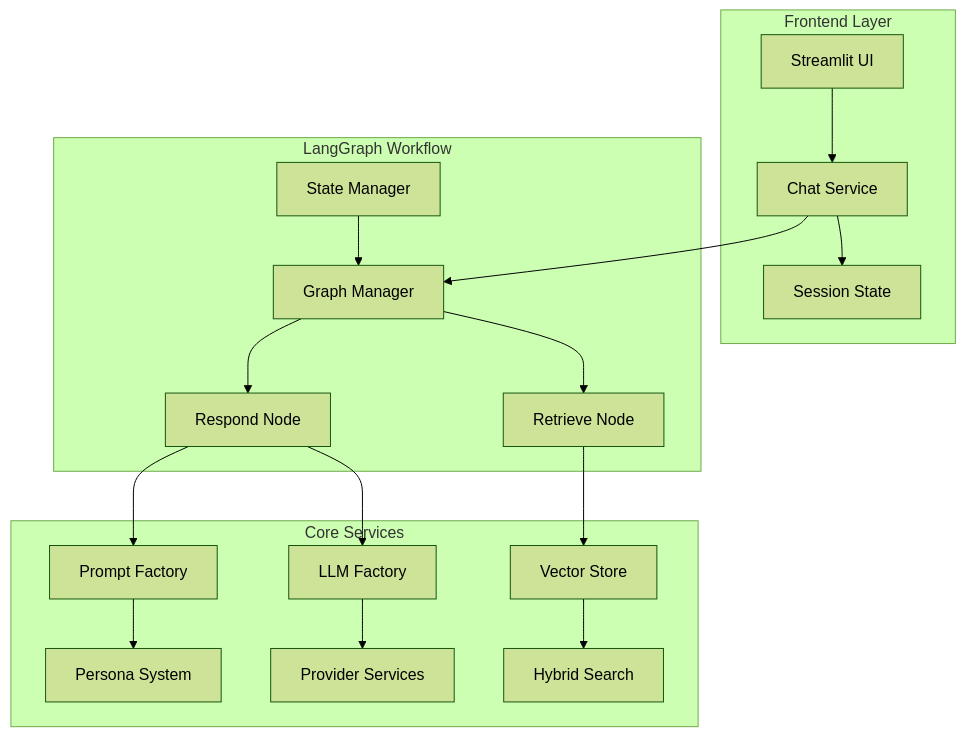
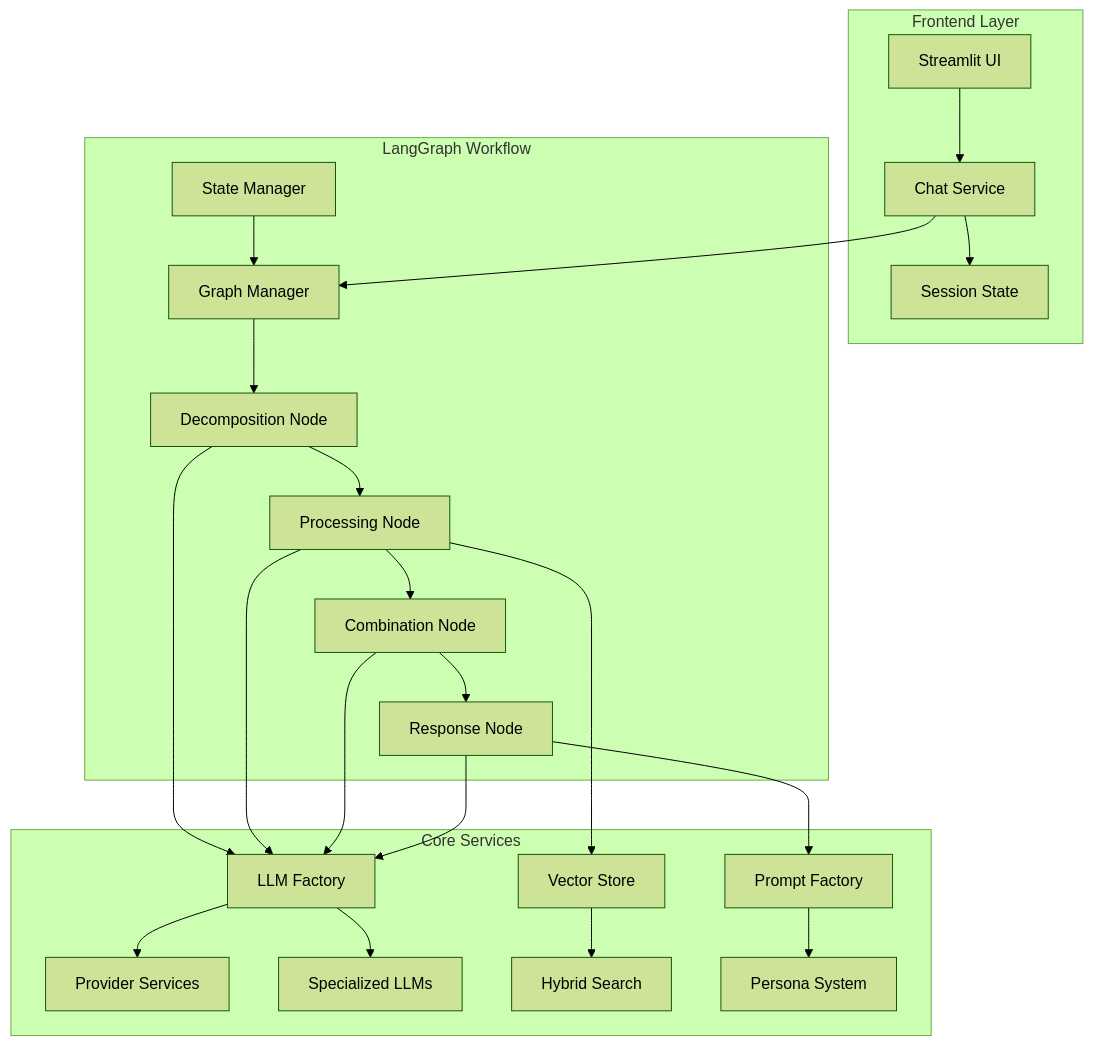
The first of 9 diagrams in README.md (laialex501/lorechat-container), drawn with Mermaid (forest theme) before and after one commit. The commit also changed other lines of this file and 18 other files, not shown here.

Commit message:
Add agentic conversation flow

````diff
--- a/README.md
+++ b/README.md
@@ -55,24 +59,30 @@
 ```mermaid
 graph TD
     subgraph "Frontend Layer"
         A[Streamlit UI] --> B[Chat Service]
         B --> C[Session State]
     end
 
     subgraph "LangGraph Workflow"
-        D[Graph Manager] --> E[Retrieve Node]
-        D --> F[Respond Node]
+        D[Graph Manager] --> E1[Decomposition Node]
+        E1 --> E2[Processing Node]
+        E2 --> E3[Combination Node]
+        E3 --> E4[Response Node]
         G[State Manager] --> D
     end
 
     subgraph "Core Services"
         H[LLM Factory] --> I[Provider Services]
+        H --> I1[Specialized LLMs]
         J[Vector Store] --> K[Hybrid Search]
         L[Prompt Factory] --> M[Persona System]
     end
 
     B --> D
-    E --> J
-    F --> H
-    F --> L
+    E2 --> J
+    E1 --> H
+    E2 --> H
+    E3 --> H
+    E4 --> H
+    E4 --> L
 ```
````
